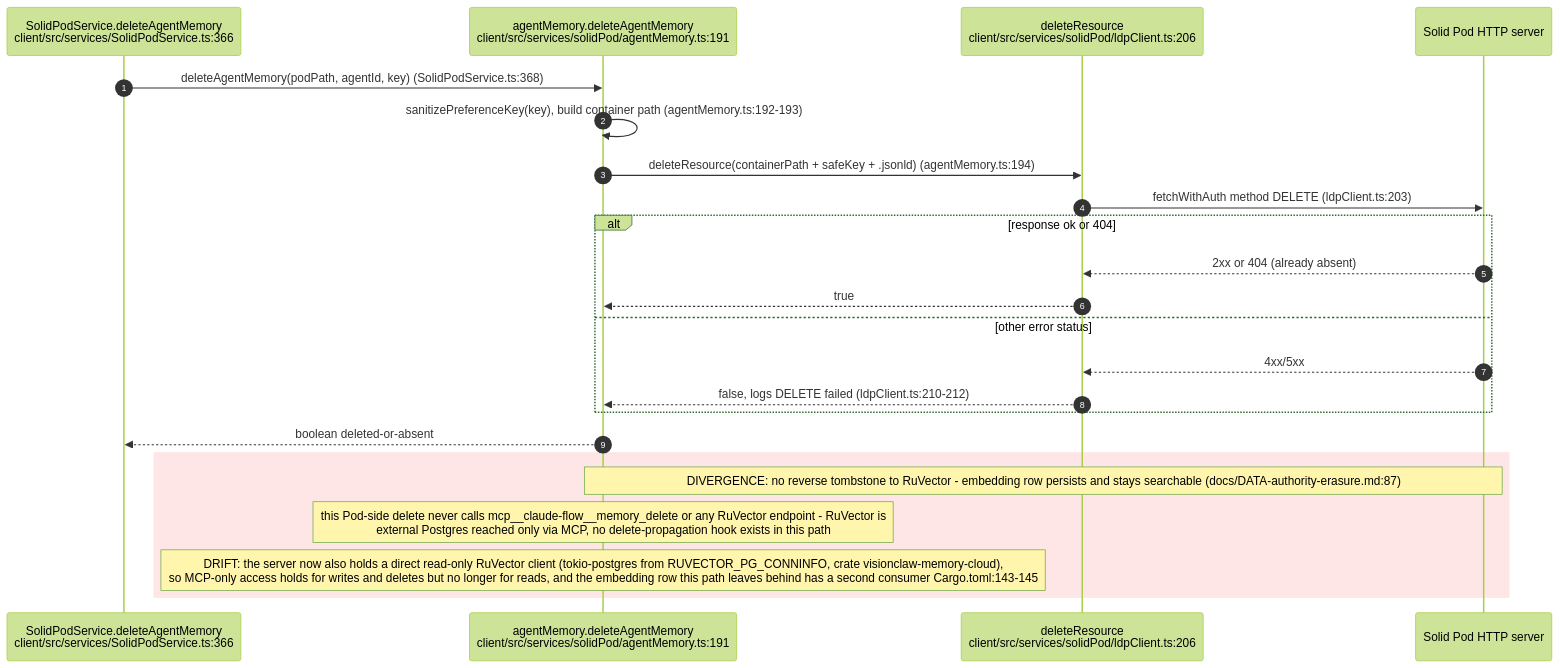
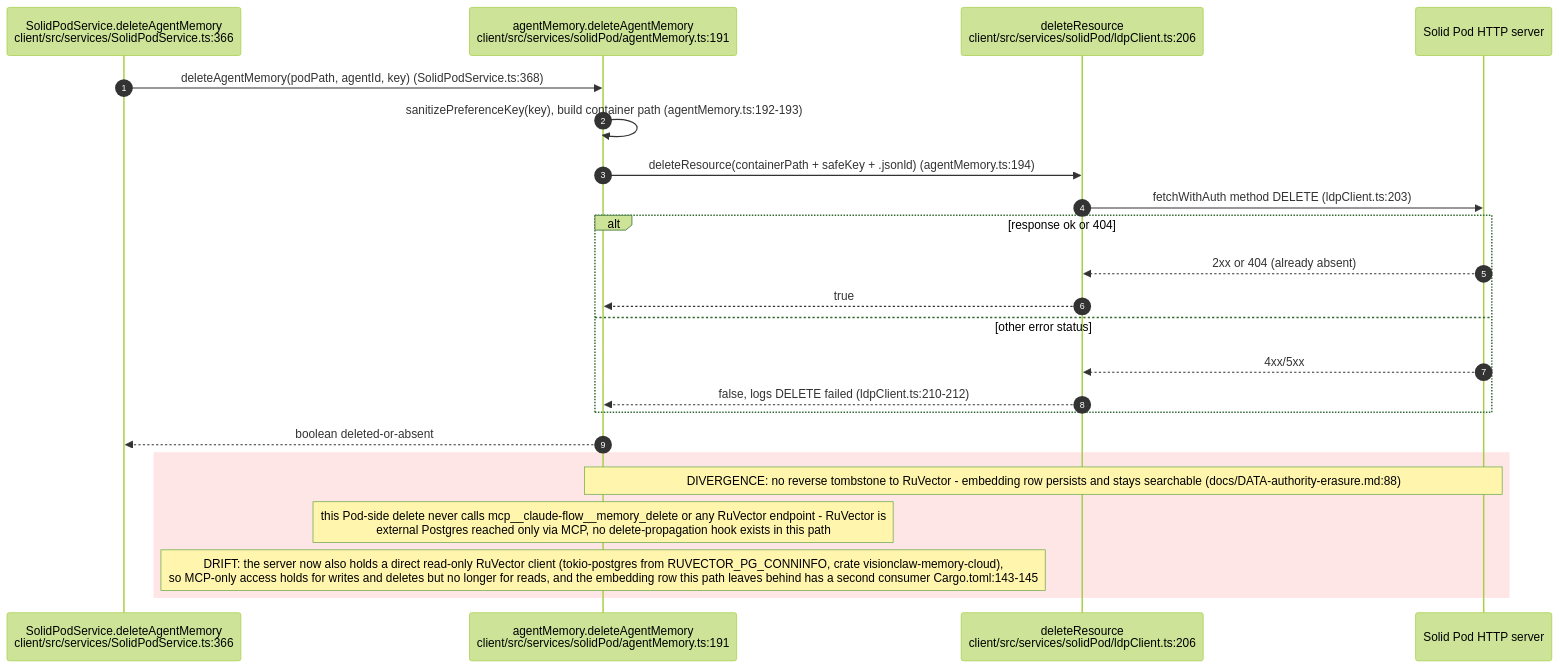
One commit to DreamLab-AI/VisionFlow changed the sixth of 11 diagrams in docs/diagrams/visionclaw/22-data-authority-provenance-erasure.md. Above: the diagram before and after it, drawn with Mermaid (forest theme). The commit also changed other lines of this file and 151 other files, not shown here.

````diff
--- a/docs/diagrams/visionclaw/22-data-authority-provenance-erasure.md
+++ b/docs/diagrams/visionclaw/22-data-authority-provenance-erasure.md
@@ -295,26 +295,26 @@
 ```mermaid
 sequenceDiagram
     autonumber
     participant UI as SolidPodService.deleteAgentMemory<br/>client/src/services/SolidPodService.ts:366
     participant MEM as agentMemory.deleteAgentMemory<br/>client/src/services/solidPod/agentMemory.ts:191
     participant LDP as deleteResource<br/>client/src/services/solidPod/ldpClient.ts:206
     participant POD as Solid Pod HTTP server
 
     UI->>MEM: deleteAgentMemory(podPath, agentId, key) (SolidPodService.ts:368)
     MEM->>MEM: sanitizePreferenceKey(key), build container path (agentMemory.ts:192-193)
     MEM->>LDP: deleteResource(containerPath + safeKey + .jsonld) (agentMemory.ts:194)
     LDP->>POD: fetchWithAuth method DELETE (ldpClient.ts:203)
     alt response ok or 404
         POD-->>LDP: 2xx or 404 (already absent)
         LDP-->>MEM: true
     else other error status
         POD-->>LDP: 4xx/5xx
         LDP-->>MEM: false, logs DELETE failed (ldpClient.ts:210-212)
     end
     MEM-->>UI: boolean deleted-or-absent
     rect rgb(255, 230, 230)
-        Note over MEM,POD: DIVERGENCE: no reverse tombstone to RuVector - embedding row persists and stays searchable (docs/DATA-authority-erasure.md:87)
+        Note over MEM,POD: DIVERGENCE: no reverse tombstone to RuVector - embedding row persists and stays searchable (docs/DATA-authority-erasure.md:88)
         Note over MEM: this Pod-side delete never calls mcp__claude-flow__memory_delete or any RuVector endpoint - RuVector is<br/>external Postgres reached only via MCP, no delete-propagation hook exists in this path
         Note over MEM: DRIFT: the server now also holds a direct read-only RuVector client (tokio-postgres from RUVECTOR_PG_CONNINFO, crate visionclaw-memory-cloud),<br/>so MCP-only access holds for writes and deletes but no longer for reads, and the embedding row this path leaves behind has a second consumer Cargo.toml:143-145
     end
 ```
````
